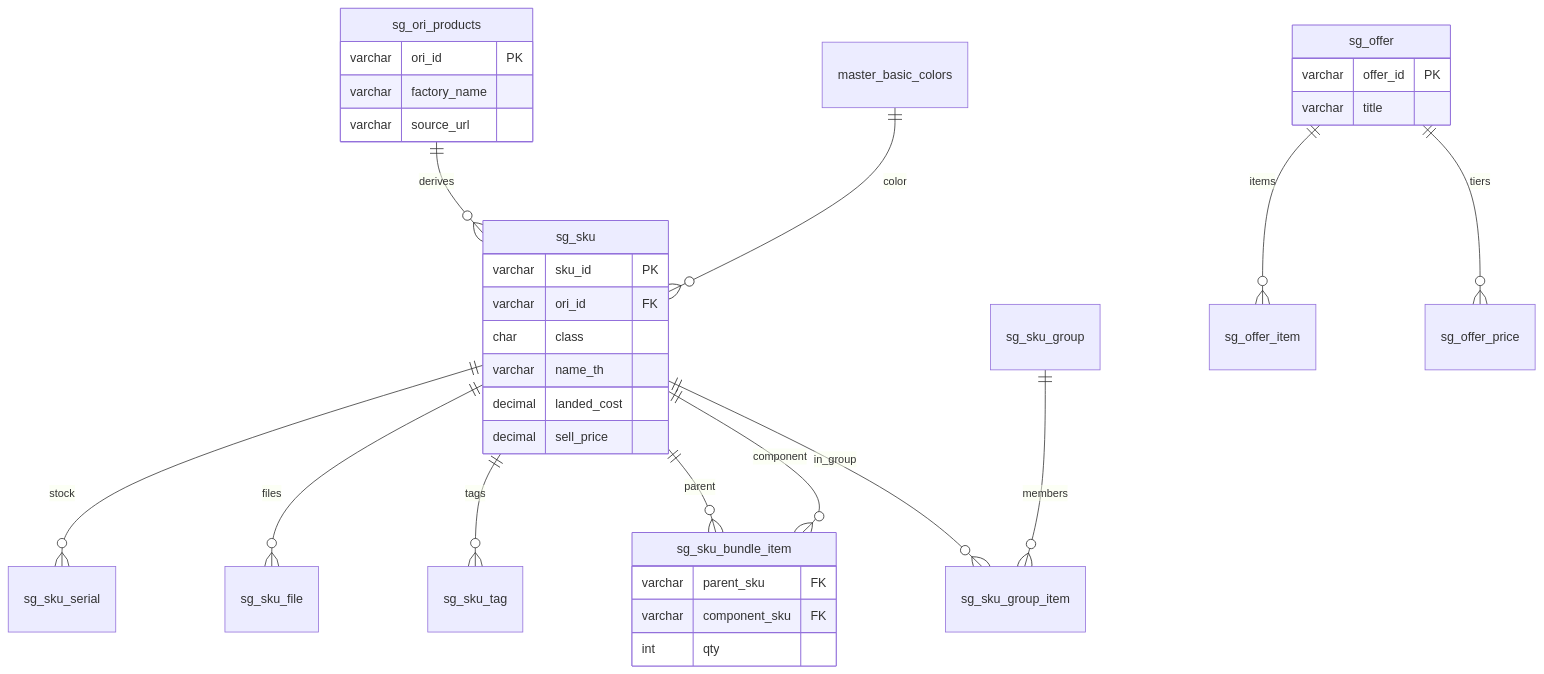
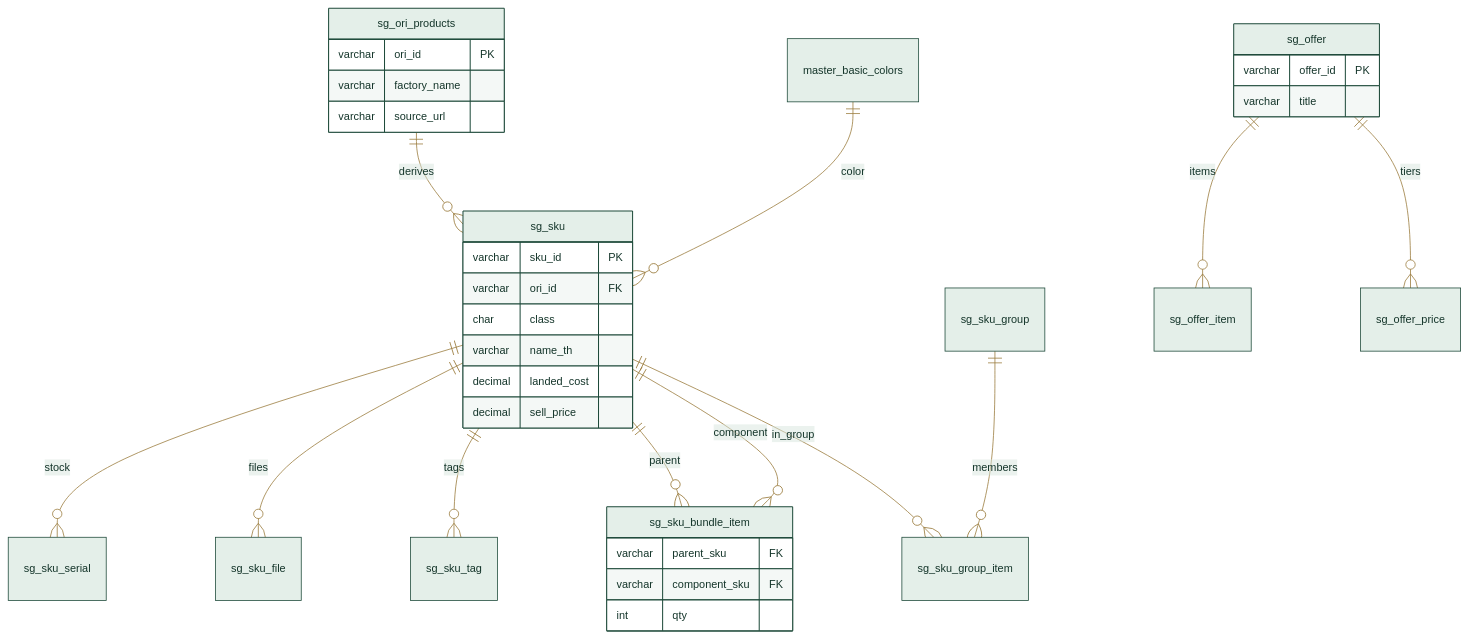
One commit to sirocco128/etoh-cols changed the fourth of 5 diagrams in docs/manual/04-ER-DIAGRAMS.md. Above: the diagram before and after it, drawn with Mermaid. The commit also changed other lines of this file and 24 other files, not shown here.

First line of the commit message:
feat: ops work manual with Mermaid diagrams and knowledge sync

````diff
--- a/docs/manual/04-ER-DIAGRAMS.md
+++ b/docs/manual/04-ER-DIAGRAMS.md
@@ -218,37 +223,38 @@
 ```mermaid
+%%{init: {"theme":"base","themeVariables":{"primaryColor":"#e4efe9","primaryTextColor":"#14352a","primaryBorderColor":"#1e4a3a","lineColor":"#9a7b3c","secondaryColor":"#f0ebe3","tertiaryColor":"#d7e6de","background":"#f7f4ef","fontFamily":"Segoe UI, Sarabun, sans-serif","fontSize":"14px"}}}%%
 erDiagram
   sg_ori_products ||--o{ sg_sku : derives
   sg_sku ||--o{ sg_sku_serial : stock
   sg_sku ||--o{ sg_sku_file : files
   sg_sku ||--o{ sg_sku_tag : tags
   sg_sku ||--o{ sg_sku_bundle_item : parent
   sg_sku ||--o{ sg_sku_bundle_item : component
   sg_sku_group ||--o{ sg_sku_group_item : members
   sg_sku ||--o{ sg_sku_group_item : in_group
   master_basic_colors ||--o{ sg_sku : color
   sg_offer ||--o{ sg_offer_item : items
   sg_offer ||--o{ sg_offer_price : tiers
 
   sg_ori_products {
     varchar ori_id PK
     varchar factory_name
     varchar source_url
   }
   sg_sku {
     varchar sku_id PK
     varchar ori_id FK
     char class
     varchar name_th
     decimal landed_cost
     decimal sell_price
   }
   sg_sku_bundle_item {
     varchar parent_sku FK
     varchar component_sku FK
     int qty
   }
   sg_offer {
     varchar offer_id PK
     varchar title
   }
 ```
````
